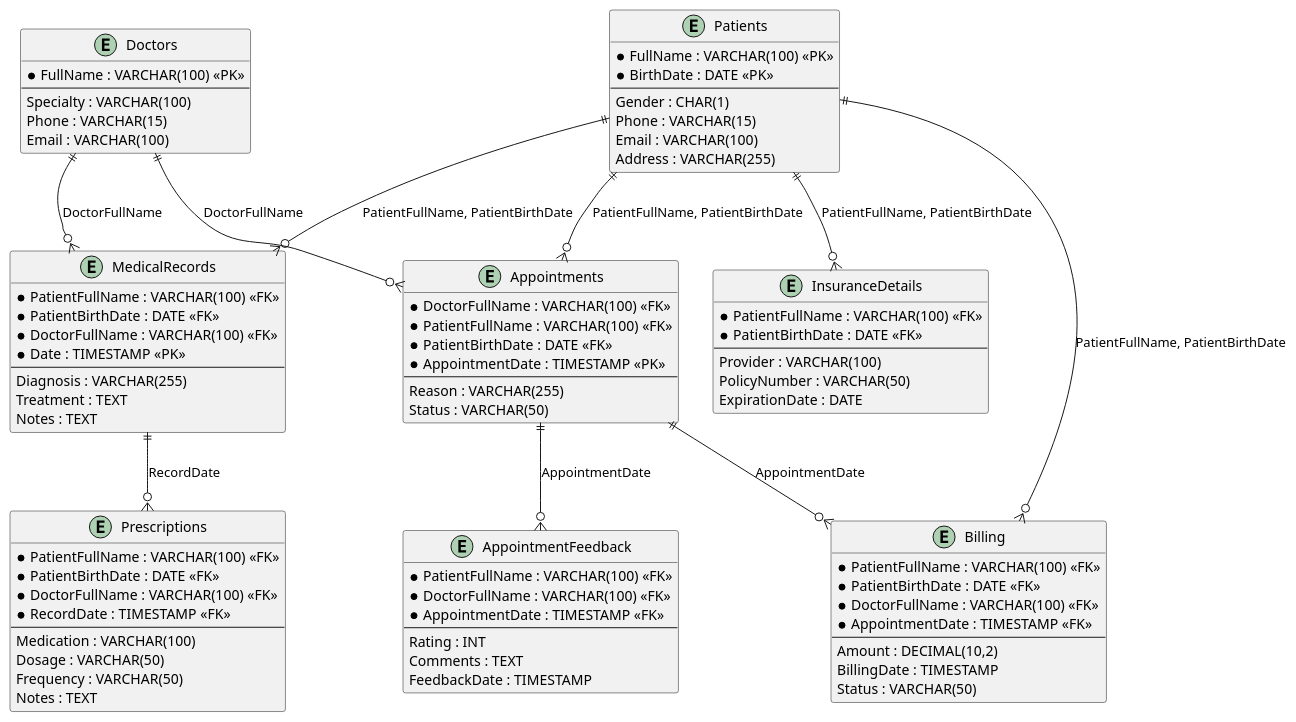
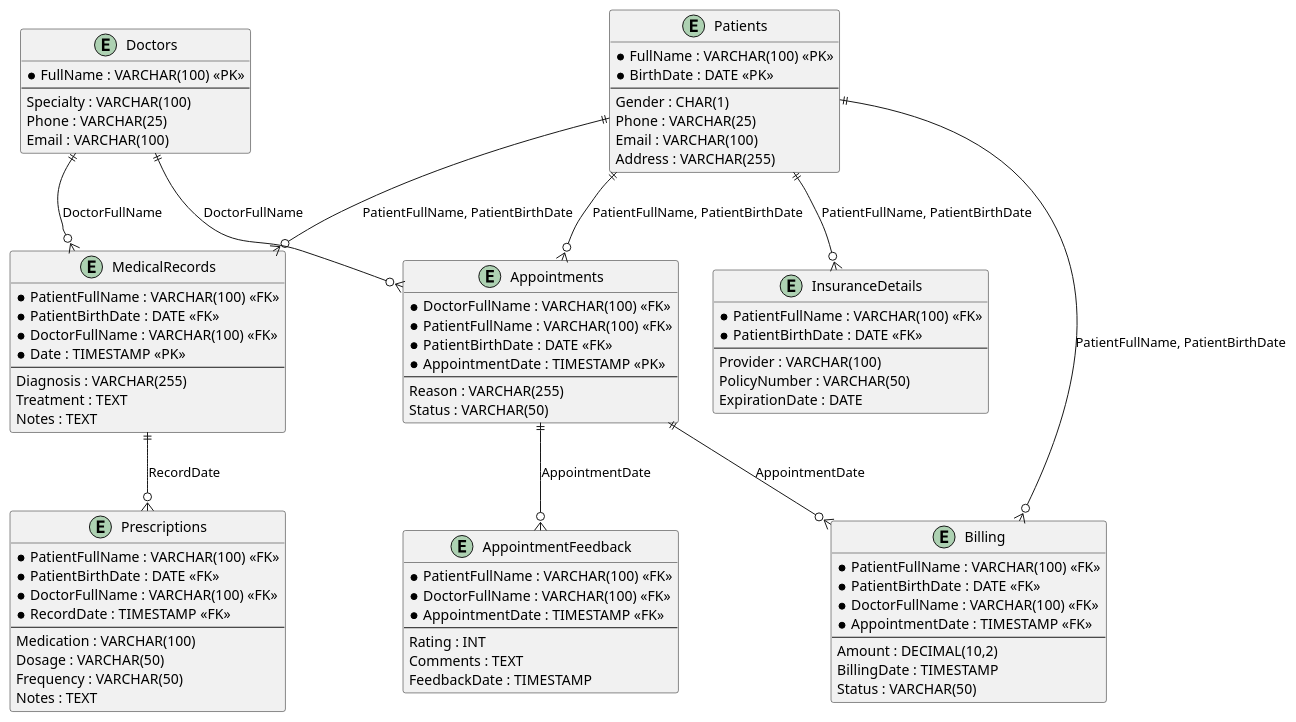
The diagram in oltp/OLTP.plantuml (4llower/hospital-OLTP-OLAP-ETL), drawn with PlantUML before and after one commit. The commit also changed 2 other files, not shown here.

```diff
--- a/oltp/OLTP.plantuml
+++ b/oltp/OLTP.plantuml
@@ -1,92 +1,92 @@
 @startuml diagram
 entity "Doctors" {
   *FullName : VARCHAR(100) <<PK>>
   --
   Specialty : VARCHAR(100)
-  Phone : VARCHAR(15)
+  Phone : VARCHAR(25)
   Email : VARCHAR(100)
 }
 
 entity "Patients" {
   *FullName : VARCHAR(100) <<PK>>
   *BirthDate : DATE <<PK>>
   --
   Gender : CHAR(1)
-  Phone : VARCHAR(15)
+  Phone : VARCHAR(25)
   Email : VARCHAR(100)
   Address : VARCHAR(255)
 }
 
 entity "Appointments" {
   *DoctorFullName : VARCHAR(100) <<FK>>
   *PatientFullName : VARCHAR(100) <<FK>>
   *PatientBirthDate : DATE <<FK>>
   *AppointmentDate : TIMESTAMP <<PK>>
   --
   Reason : VARCHAR(255)
   Status : VARCHAR(50)
 }
 
 entity "MedicalRecords" {
   *PatientFullName : VARCHAR(100) <<FK>>
   *PatientBirthDate : DATE <<FK>>
   *DoctorFullName : VARCHAR(100) <<FK>>
   *Date : TIMESTAMP <<PK>>
   --
   Diagnosis : VARCHAR(255)
   Treatment : TEXT
   Notes : TEXT
 }
 
 entity "Billing" {
   *PatientFullName : VARCHAR(100) <<FK>>
   *PatientBirthDate : DATE <<FK>>
   *DoctorFullName : VARCHAR(100) <<FK>>
   *AppointmentDate : TIMESTAMP <<FK>>
   --
   Amount : DECIMAL(10,2)
   BillingDate : TIMESTAMP
   Status : VARCHAR(50)
 }
 
 entity "Prescriptions" {
   *PatientFullName : VARCHAR(100) <<FK>>
   *PatientBirthDate : DATE <<FK>>
   *DoctorFullName : VARCHAR(100) <<FK>>
   *RecordDate : TIMESTAMP <<FK>>
   --
   Medication : VARCHAR(100)
   Dosage : VARCHAR(50)
   Frequency : VARCHAR(50)
   Notes : TEXT
 }
 
 entity "InsuranceDetails" {
   *PatientFullName : VARCHAR(100) <<FK>>
   *PatientBirthDate : DATE <<FK>>
   --
   Provider : VARCHAR(100)
   PolicyNumber : VARCHAR(50)
   ExpirationDate : DATE
 }
 
 entity "AppointmentFeedback" {
   *PatientFullName : VARCHAR(100) <<FK>>
   *DoctorFullName : VARCHAR(100) <<FK>>
   *AppointmentDate : TIMESTAMP <<FK>>
   --
   Rating : INT
   Comments : TEXT
   FeedbackDate : TIMESTAMP
 }
 
 "Doctors" ||--o{ "Appointments" : "DoctorFullName"
 "Patients" ||--o{ "Appointments" : "PatientFullName, PatientBirthDate"
 "Patients" ||--o{ "MedicalRecords" : "PatientFullName, PatientBirthDate"
 "Doctors" ||--o{ "MedicalRecords" : "DoctorFullName"
 "Patients" ||--o{ "Billing" : "PatientFullName, PatientBirthDate"
 "Appointments" ||--o{ "Billing" : "AppointmentDate"
 "MedicalRecords" ||--o{ "Prescriptions" : "RecordDate"
 "Patients" ||--o{ "InsuranceDetails" : "PatientFullName, PatientBirthDate"
 "Appointments" ||--o{ "AppointmentFeedback" : "AppointmentDate"
 @enduml
```
